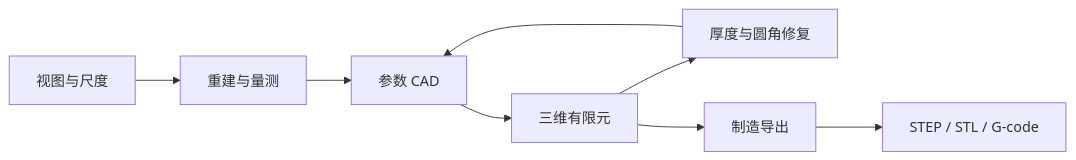
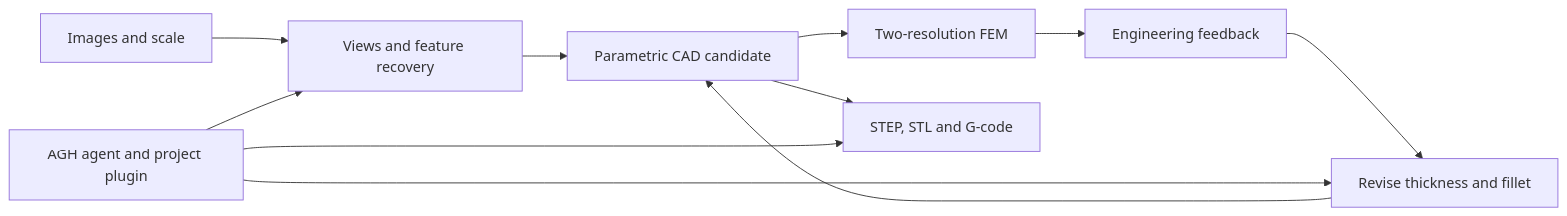
Before and after one commit to SuyeeII/Reverse-Reconstruction-and-Repair-for-Mechanical-Spare-Parts: the diagram in README.md, drawn with Mermaid. The commit also changed other lines of this file and 1 other file, not shown here.

Commit message:
Sync repository with updated project directory

````diff
--- a/README.md
+++ b/README.md
@@ -42,10 +28,13 @@
 ```mermaid
 flowchart LR
-    images[视图与尺度] --> measure[重建与量测]
-    measure --> cad[参数 CAD]
-    cad --> fem[三维有限元]
-    fem --> revise[厚度与圆角修复]
-    revise --> cad
-    fem --> export[制造导出]
-    export --> files[STEP / STL / G-code]
+    Images[Images and scale] --> Features[Views and feature recovery]
+    Features --> CAD[Parametric CAD candidate]
+    CAD --> FEM[Two-resolution FEM]
+    FEM --> Feedback[Engineering feedback]
+    Feedback --> Revise[Revise thickness and fillet]
+    Revise --> CAD
+    CAD --> Export[STEP, STL and G-code]
+    Agent[AGH agent and project plugin] --> Features
+    Agent --> Revise
+    Agent --> Export
 ```
````
